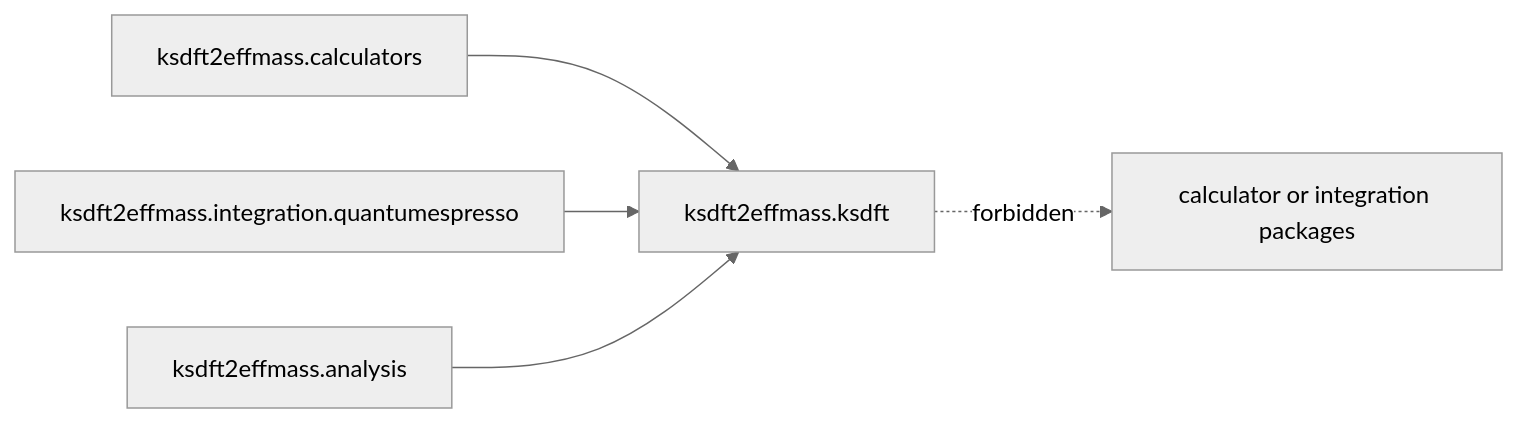
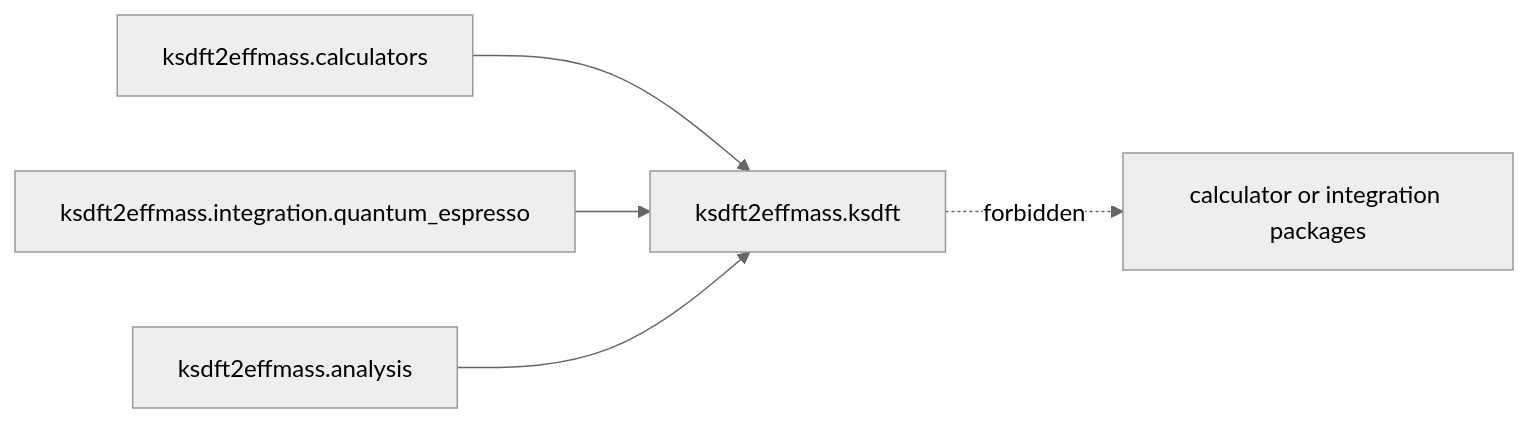
The diagram in docs/architecture/v2/ksdft2effmass/ksdft/index.md (eragasa/ksdft2effmass), drawn with Mermaid (neutral theme) before and after one commit. The commit also changed 119 other files, not shown here.

Commit message:
Complete Quantum ESPRESSO integration boundary

````diff
--- a/docs/architecture/v2/ksdft2effmass/ksdft/index.md
+++ b/docs/architecture/v2/ksdft2effmass/ksdft/index.md
@@ -8,7 +8,7 @@
 ```mermaid
 flowchart LR
     calculators["ksdft2effmass.calculators"] --> ksdft["ksdft2effmass.ksdft"]
-    integration["ksdft2effmass.integration.quantumespresso"] --> ksdft
+    integration["ksdft2effmass.integration.quantum_espresso"] --> ksdft
     analysis["ksdft2effmass.analysis"] --> ksdft
     ksdft -. forbidden .-> calculator_specific["calculator or integration packages"]
 ```
````
